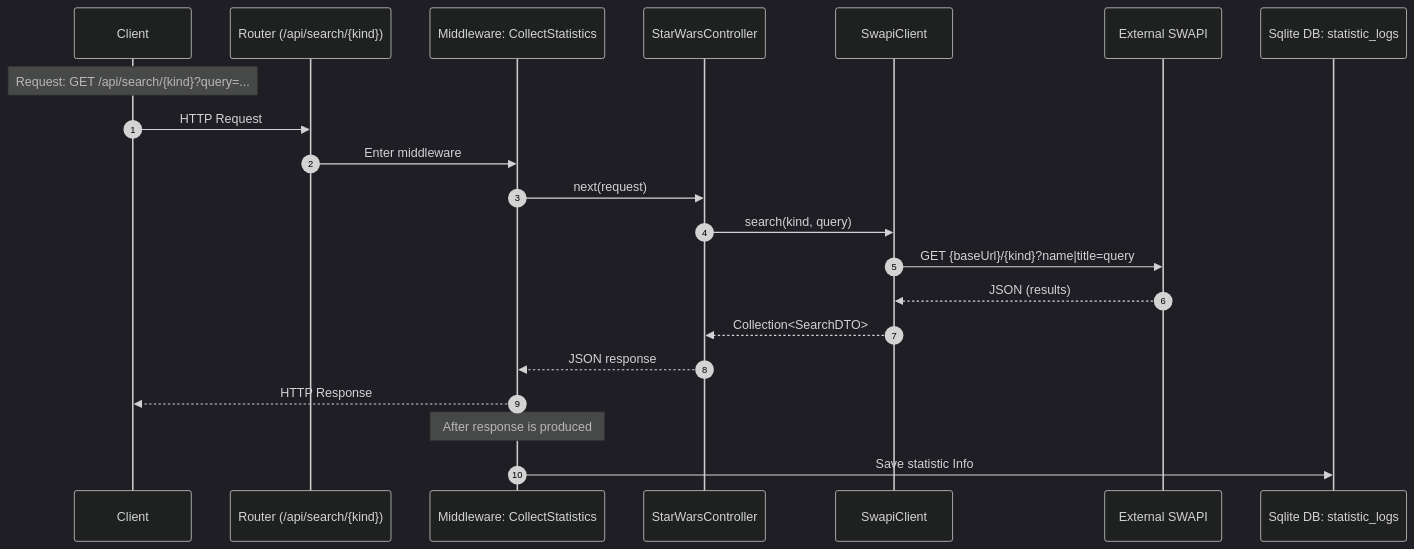
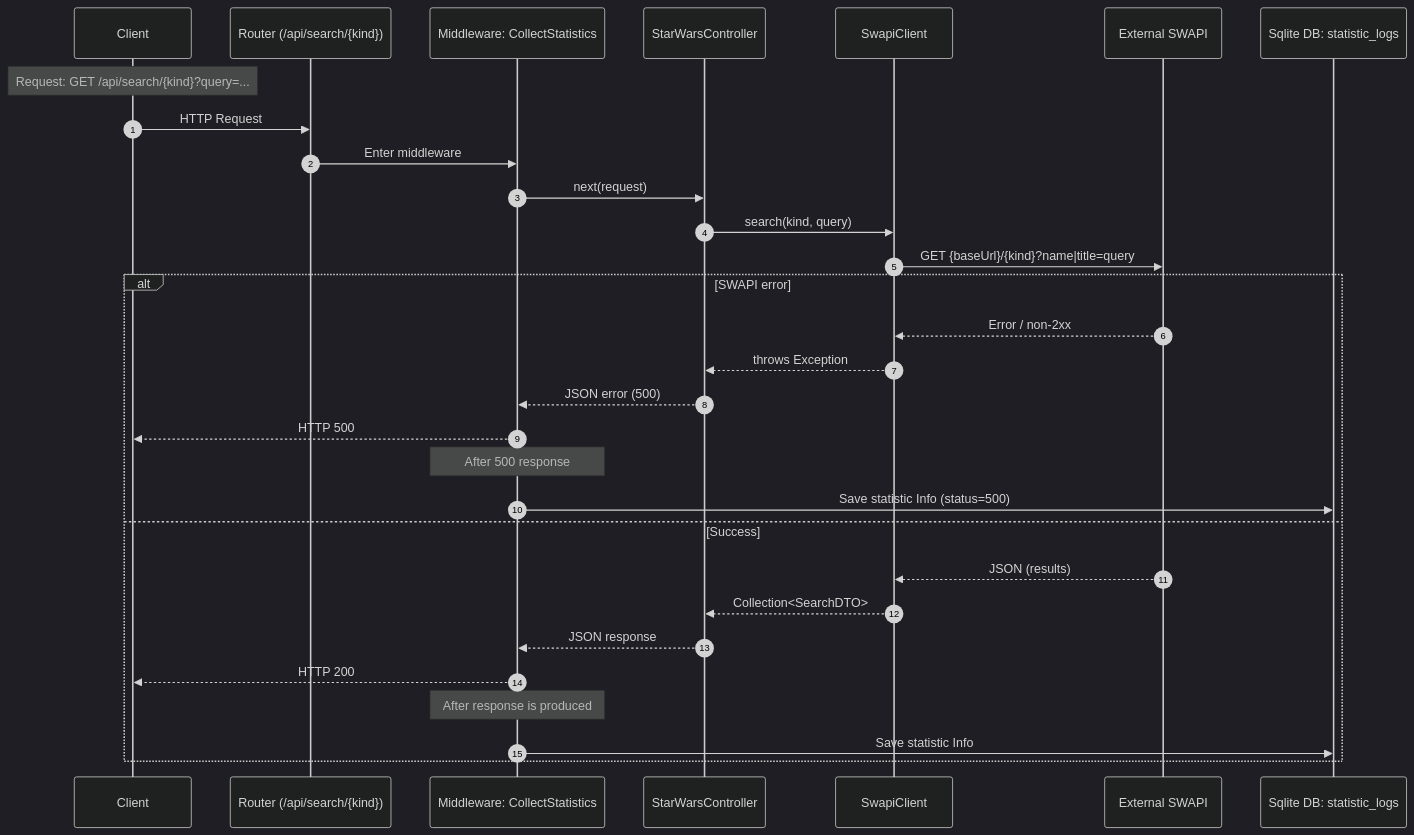
Before and after one commit to 1pedro/sw-starter: the first of 2 diagrams in docs/sequence-diagrams.md, drawn with Mermaid (dark theme). The commit also changed other lines of this file and 2 other files, not shown here.

````diff
--- a/docs/sequence-diagrams.md
+++ b/docs/sequence-diagrams.md
@@ -9,26 +9,33 @@
 ```mermaid
 sequenceDiagram
     autonumber
     participant C as Client
     participant R as Router (/api/search/{kind})
     participant M as Middleware: CollectStatistics
     participant Ctrl as StarWarsController
     participant S as SwapiClient
     participant H as External SWAPI
     participant DB as Sqlite DB: statistic_logs
 
     Note over C: Request: GET /api/search/{kind}?query=...
     C->>R: HTTP Request
     R->>M: Enter middleware
     M->>Ctrl: next(request)
     Ctrl->>S: search(kind, query)
     S->>H: GET {baseUrl}/{kind}?name|title=query
-    H-->>S: JSON (results)
-    S-->>Ctrl: Collection<SearchDTO>
-    Ctrl-->>M: JSON response
-
-    M-->>C: HTTP Response
-
-    Note over M: After response is produced
-    M->>DB: Save statistic Info
+    alt SWAPI error
+        H-->>S: Error / non-2xx
+        S-->>Ctrl: throws Exception
+        Ctrl-->>M: JSON error (500)
+        M-->>C: HTTP 500
+        Note over M: After 500 response
+        M->>DB: Save statistic Info (status=500)
+    else Success
+        H-->>S: JSON (results)
+        S-->>Ctrl: Collection<SearchDTO>
+        Ctrl-->>M: JSON response
+        M-->>C: HTTP 200
+        Note over M: After response is produced
+        M->>DB: Save statistic Info
+    end
 ```
````
